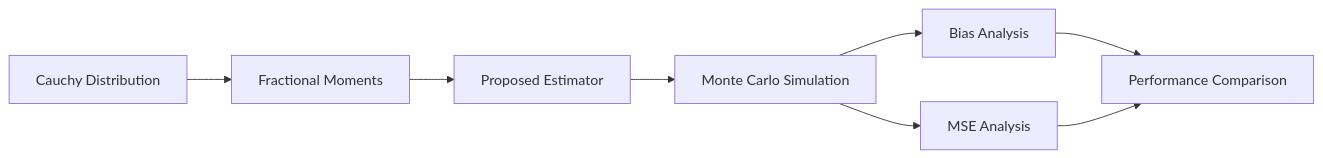
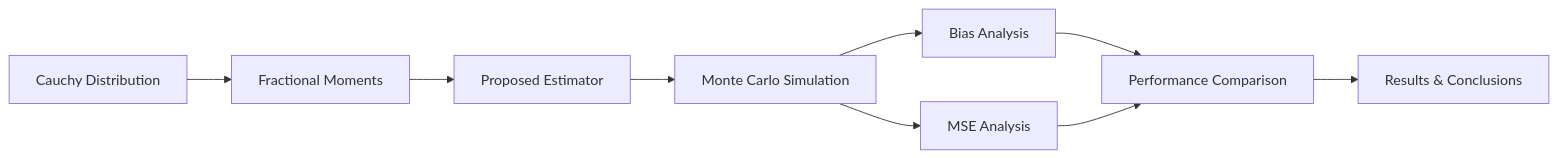
The diagram in README.md (Debapriyo1110/Estimiation_of_Scale_Parameter_for_Cauchy_Distribution_A_Moment_Based_Approach), drawn with Mermaid before and after one commit. The commit also changed other lines of this file, not shown here.

````diff
--- a/README.md
+++ b/README.md
@@ -134,24 +110,22 @@
 ```mermaid
 flowchart LR
 
 A[Cauchy Distribution]
+
 -->B[Fractional Moments]
 
-B
--->C[Proposed Estimator]
+B-->C[Proposed Estimator]
 
-C
--->D[Monte Carlo Simulation]
+C-->D[Monte Carlo Simulation]
 
-D
--->E[Bias Analysis]
+D-->E[Bias Analysis]
 
-D
--->F[MSE Analysis]
+D-->F[MSE Analysis]
 
-E
--->G[Performance Comparison]
+E-->G[Performance Comparison]
 
-F
--->G
+F-->G
+
+G-->H[Results & Conclusions]
+
 ```
````
